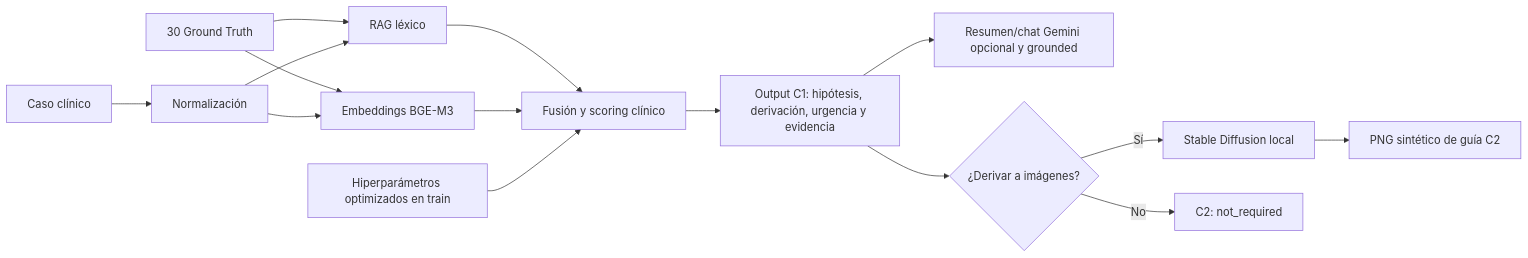
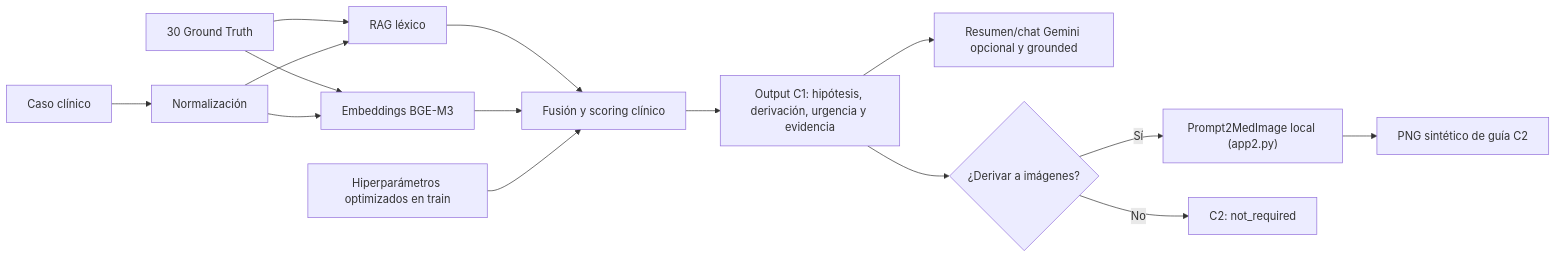
The diagram in TP-Final/README.md (MatiasMogetta/ia-biomed-Mati), drawn with Mermaid before and after one commit. The commit also changed other lines of this file and 1 other file, not shown here.

Commit message:
Actualización final del README.md: - Descripción de Arquitectura componente 2 - Reemplazo de stable difussion por Med2PromptImage - Agregado de matriz de confusión con los 110 casos para comparar con los resultados de test.

````diff
--- a/TP-Final/README.md
+++ b/TP-Final/README.md
@@ -29,17 +29,17 @@
 ```mermaid
 flowchart LR
     A["Caso clínico"] --> B["Normalización"]
     G["30 Ground Truth"] --> C["RAG léxico"]
     G --> D["Embeddings BGE-M3"]
     B --> C
     B --> D
     C --> E["Fusión y scoring clínico"]
     D --> E
     H["Hiperparámetros optimizados en train"] --> E
     E --> F["Output C1: hipótesis, derivación, urgencia y evidencia"]
     F --> I["Resumen/chat Gemini opcional y grounded"]
     F --> J{"¿Derivar a imágenes?"}
-    J -->|Sí| K["Stable Diffusion local"]
+    J -->|Sí| K["Prompt2MedImage local (app2.py)"]
     K --> L["PNG sintético de guía C2"]
     J -->|No| M["C2: not_required"]
 ```
````
